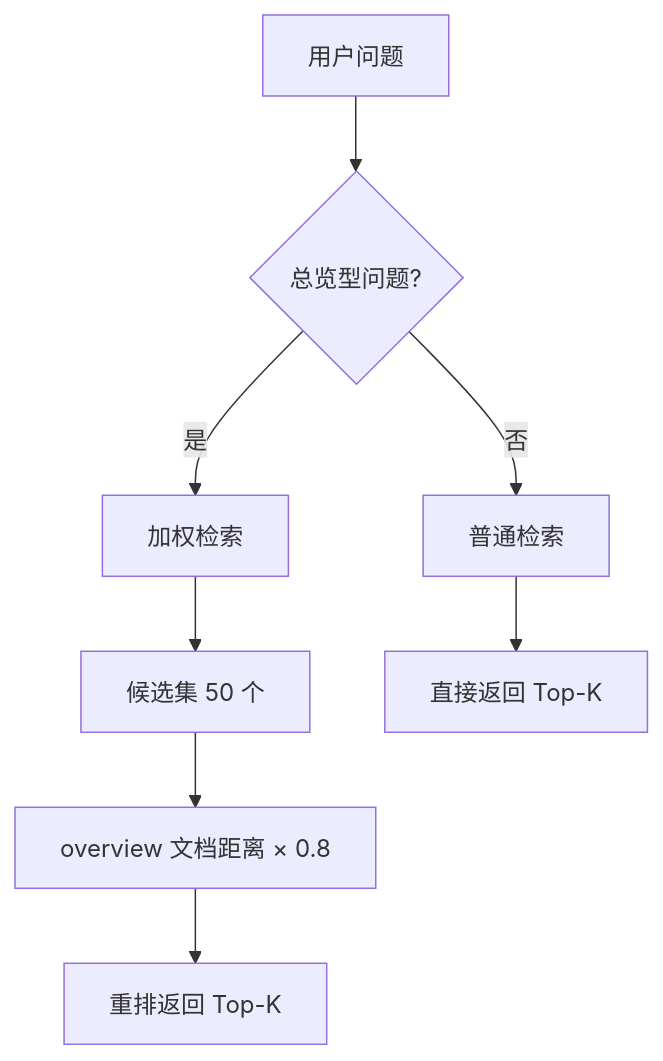
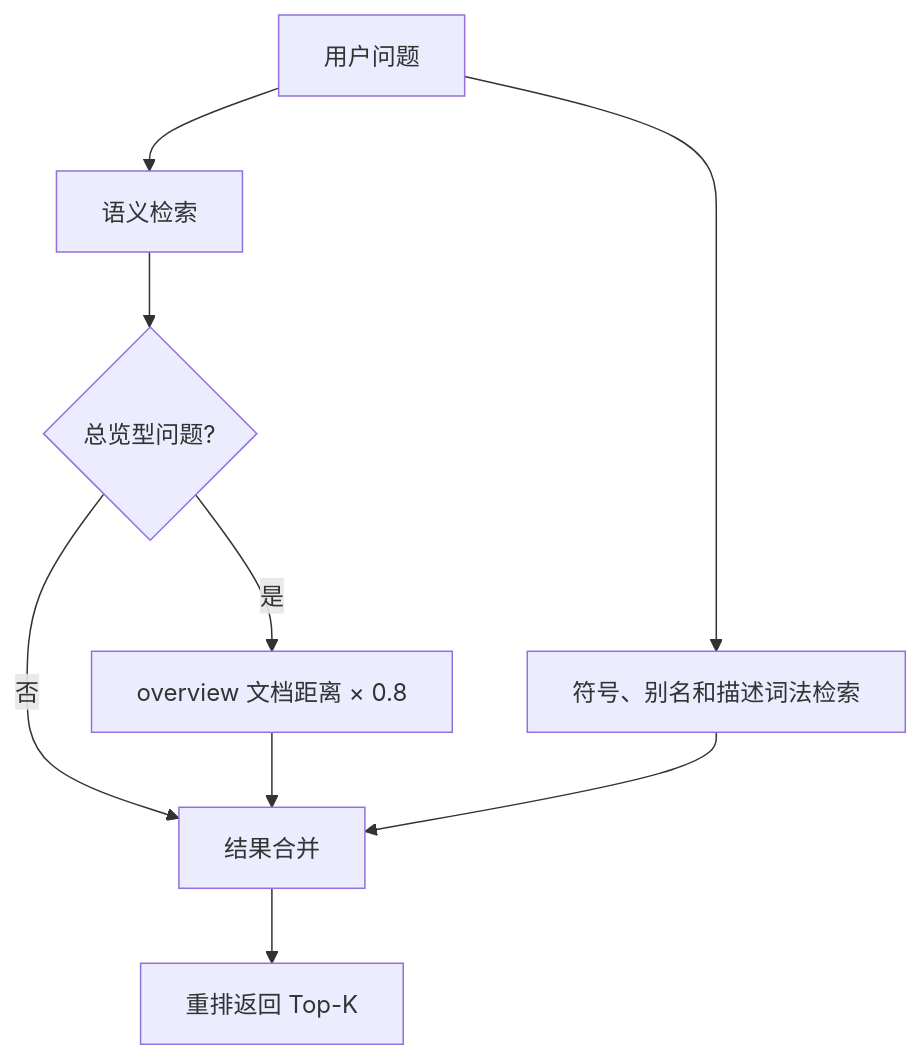
The second of 4 diagrams in README.md (jonji886/plugin-dev-helper), drawn with Mermaid before and after one commit. The commit also changed other lines of this file and 25 other files, not shown here.

````diff
--- a/README.md
+++ b/README.md
@@ -83,10 +85,11 @@
 ```mermaid
 flowchart TD
-    Q[用户问题] --> IQ{总览型问题?}
-    IQ -->|是| BO[加权检索]
-    IQ -->|否| NO[普通检索]
-    BO --> C1[候选集 50 个]
-    C1 --> W1[overview 文档距离 × 0.8]
-    W1 --> R1[重排返回 Top-K]
-    NO --> C2[直接返回 Top-K]
+    Q[用户问题] --> SEM[语义检索]
+    Q --> LEX[符号、别名和描述词法检索]
+    SEM --> IQ{总览型问题?}
+    IQ -->|是| BO[overview 文档距离 × 0.8]
+    IQ -->|否| RRF[结果合并]
+    BO --> RRF
+    LEX --> RRF
+    RRF --> TOPK[重排返回 Top-K]
 ```
````
